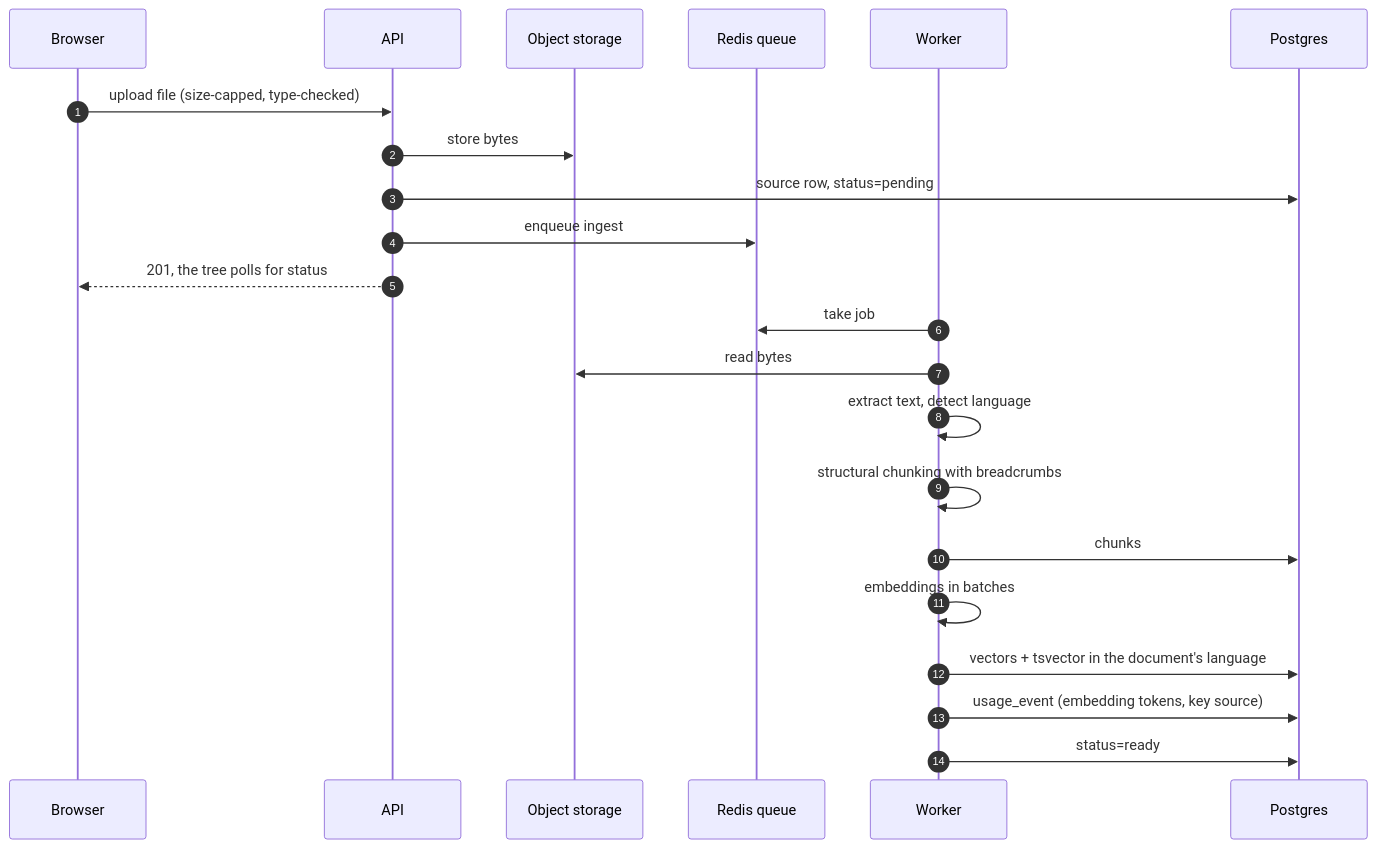
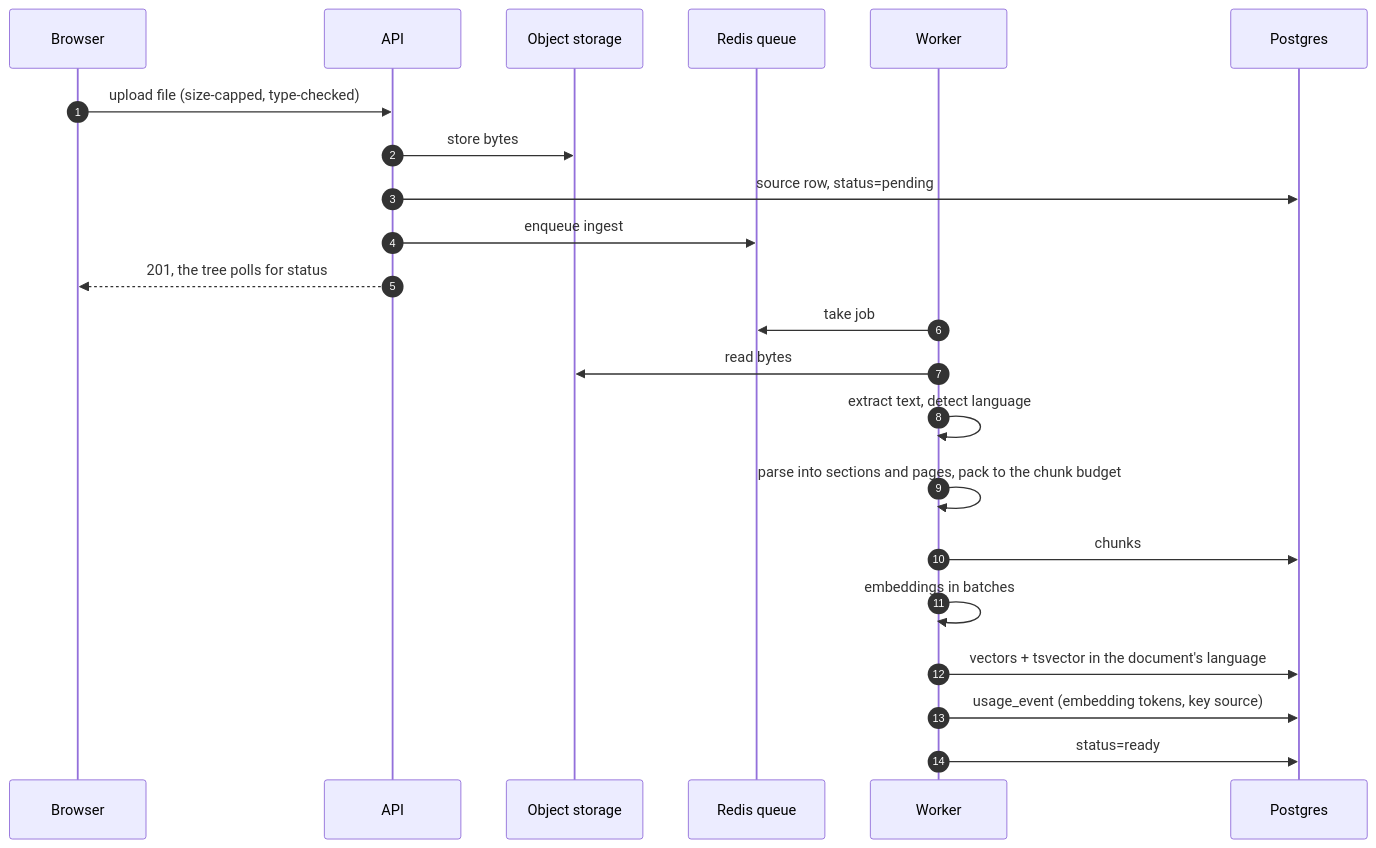
The fifth of 5 diagrams in docs/architecture.md (zk2/zk2-rag-platform), drawn with Mermaid before and after one commit. The commit also changed 30 other files, not shown here.

````diff
--- a/docs/architecture.md
+++ b/docs/architecture.md
@@ -133,25 +133,25 @@
 ```mermaid
 sequenceDiagram
   autonumber
   participant U as Browser
   participant A as API
   participant S as Object storage
   participant Q as Redis queue
   participant W as Worker
   participant DB as Postgres
 
   U->>A: upload file (size-capped, type-checked)
   A->>S: store bytes
   A->>DB: source row, status=pending
   A->>Q: enqueue ingest
   A-->>U: 201, the tree polls for status
   W->>Q: take job
   W->>S: read bytes
   W->>W: extract text, detect language
-  W->>W: structural chunking with breadcrumbs
+  W->>W: parse into sections and pages, pack to the chunk budget
   W->>DB: chunks
   W->>W: embeddings in batches
   W->>DB: vectors + tsvector in the document's language
   W->>DB: usage_event (embedding tokens, key source)
   W->>DB: status=ready
 ```
````
